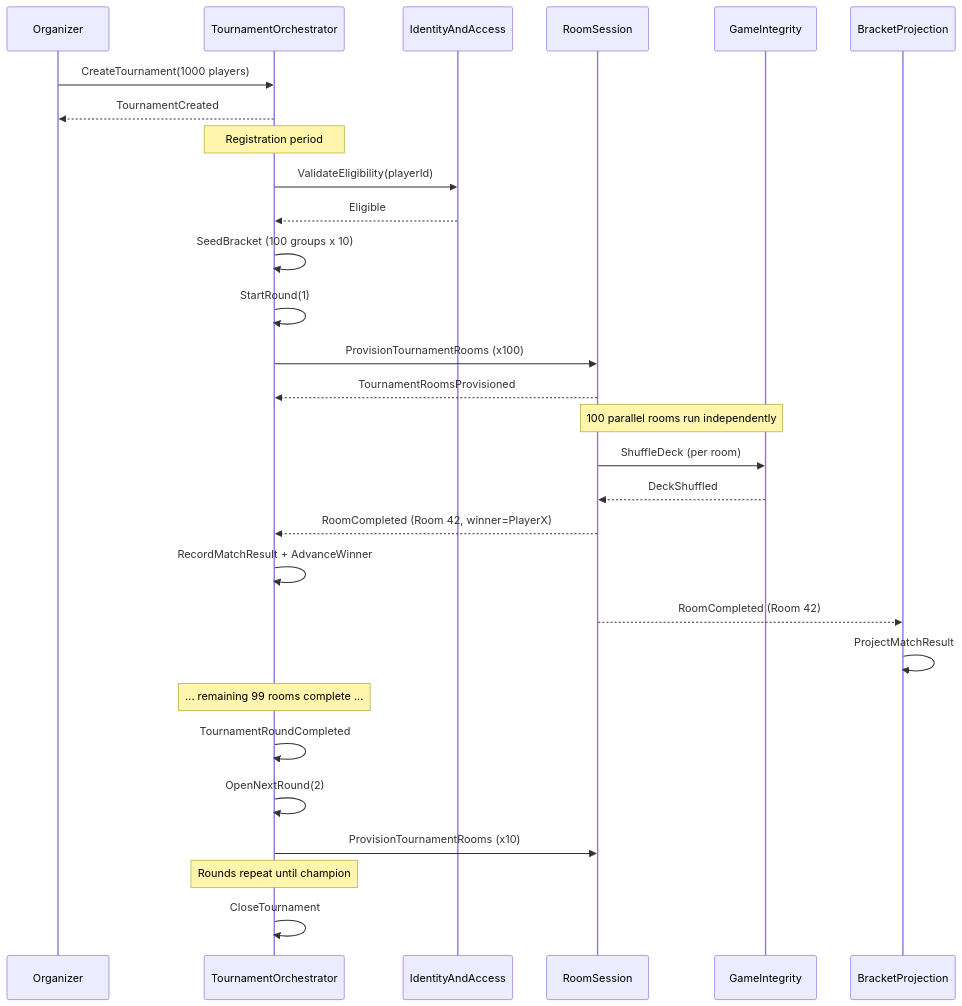
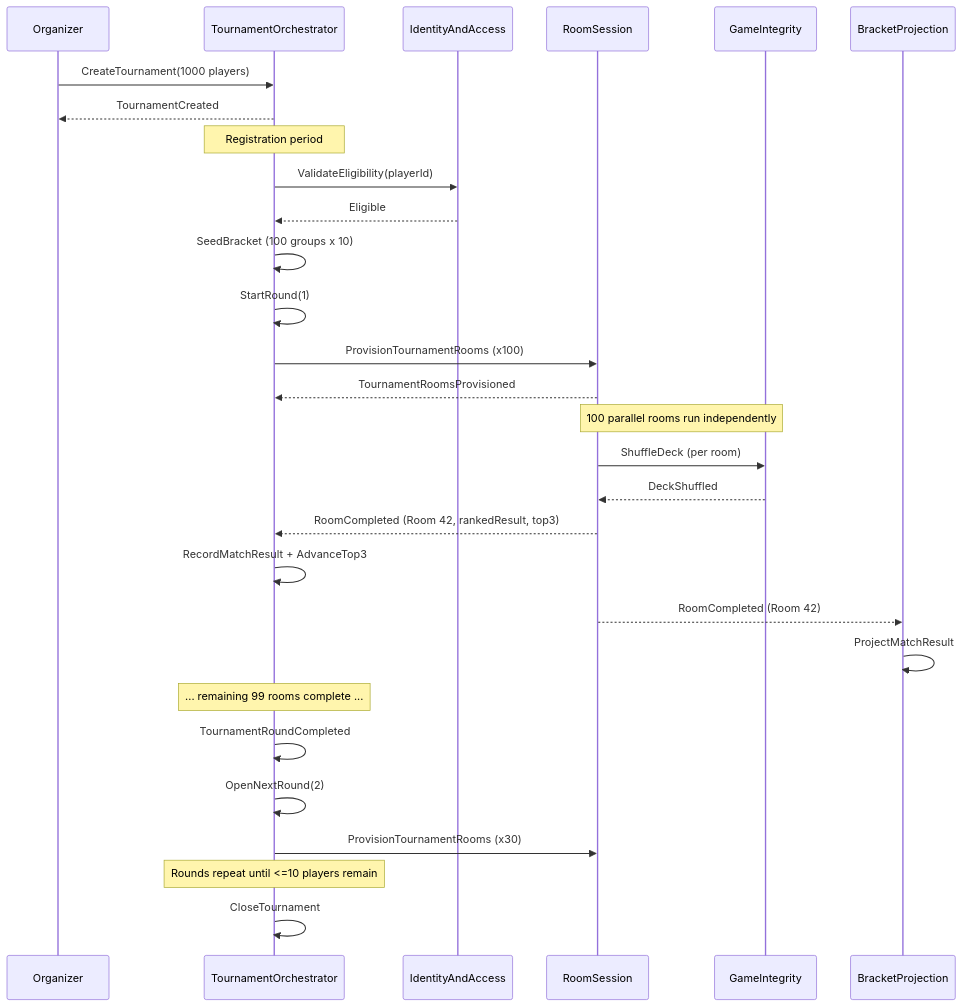
One commit to FSendot/uno-arena changed the second of 3 diagrams in docs/raw/Design Assignment.md. Above: the diagram before and after it, drawn with Mermaid. The commit also changed other lines of this file, not shown here.

````diff
--- a/docs/raw/Design Assignment.md
+++ b/docs/raw/Design Assignment.md
@@ -103,39 +106,39 @@
 ```mermaid
 sequenceDiagram
     participant Org as Organizer
     participant TO as TournamentOrchestrator
     participant IA as IdentityAndAccess
     participant RS as RoomSession
     participant GI as GameIntegrity
     participant Proj as BracketProjection
 
     Org->>TO: CreateTournament(1000 players)
     TO-->>Org: TournamentCreated
 
     Note over TO: Registration period
     TO->>IA: ValidateEligibility(playerId)
     IA-->>TO: Eligible
 
     TO->>TO: SeedBracket (100 groups x 10)
     TO->>TO: StartRound(1)
     TO->>RS: ProvisionTournamentRooms (x100)
     RS-->>TO: TournamentRoomsProvisioned
 
     Note over RS,GI: 100 parallel rooms run independently
     RS->>GI: ShuffleDeck (per room)
     GI-->>RS: DeckShuffled
 
-    RS-->>TO: RoomCompleted (Room 42, winner=PlayerX)
-    TO->>TO: RecordMatchResult + AdvanceWinner
+    RS-->>TO: RoomCompleted (Room 42, rankedResult, top3)
+    TO->>TO: RecordMatchResult + AdvanceTop3
     RS-->>Proj: RoomCompleted (Room 42)
     Proj->>Proj: ProjectMatchResult
 
     Note over TO: ... remaining 99 rooms complete ...
 
     TO->>TO: TournamentRoundCompleted
     TO->>TO: OpenNextRound(2)
-    TO->>RS: ProvisionTournamentRooms (x10)
+    TO->>RS: ProvisionTournamentRooms (x30)
 
-    Note over TO: Rounds repeat until champion
+    Note over TO: Rounds repeat until <=10 players remain
     TO->>TO: CloseTournament
 ```
````
